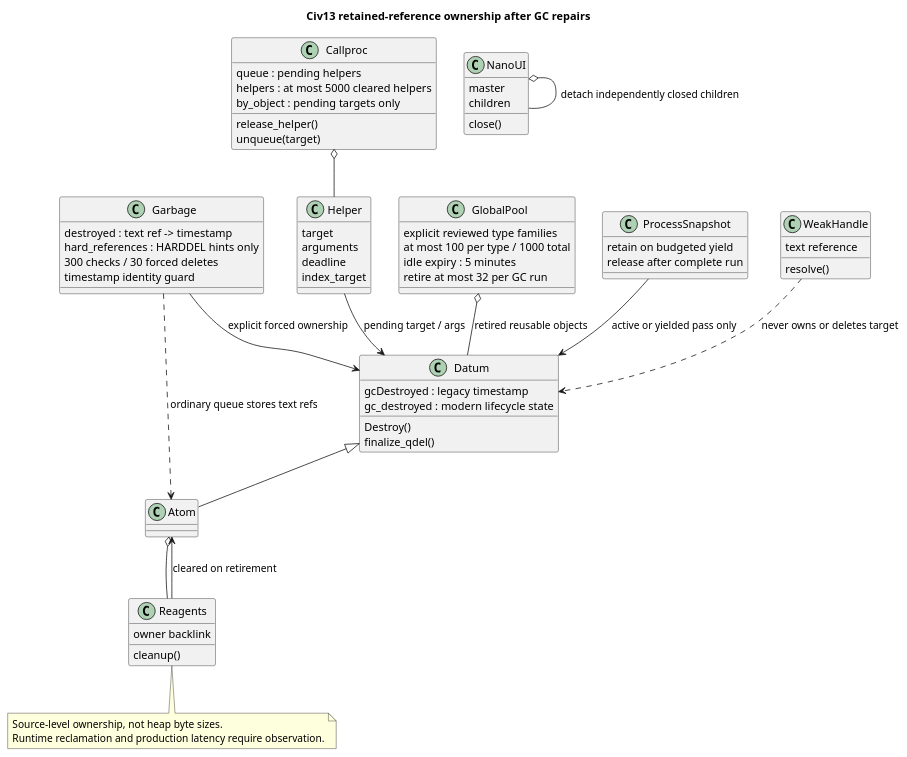
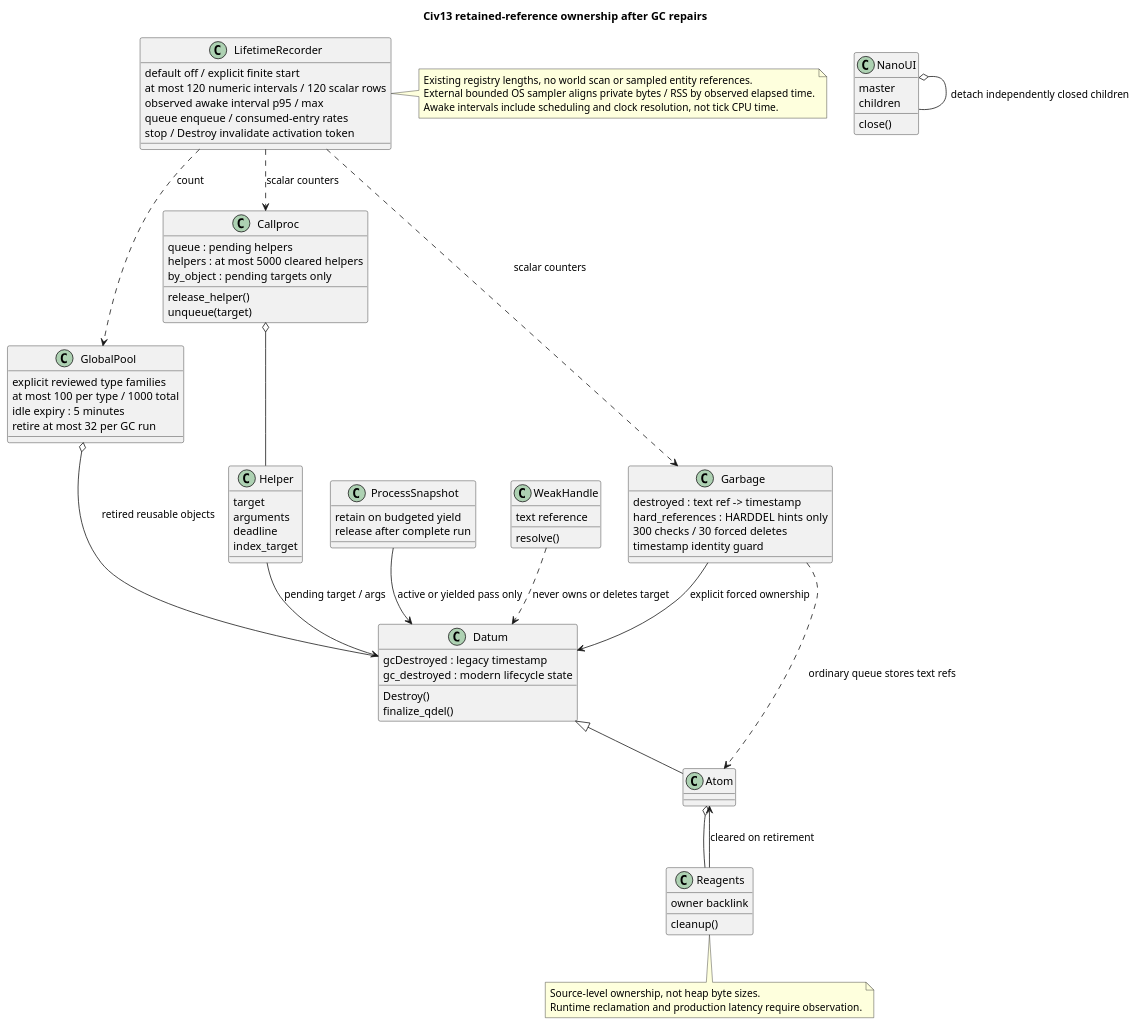
One commit to Civ13/Civ13 changed the first of 2 diagrams in docs/memory-ownership.puml. Above: the diagram before and after it, drawn with PlantUML. The commit also changed 15 other files, not shown here.

Commit message:
Add bounded lifetime telemetry and align native game evidence

```diff
--- a/docs/memory-ownership.puml
+++ b/docs/memory-ownership.puml
@@ -1,67 +1,82 @@
 @startuml ownership
  title Civ13 retained-reference ownership after GC repairs
  class Datum {
    gcDestroyed : legacy timestamp
    gc_destroyed : modern lifecycle state
    Destroy()
    finalize_qdel()
  }
  class Atom
  Datum <|-- Atom
  class Callproc {
    queue : pending helpers
    helpers : at most 5000 cleared helpers
    by_object : pending targets only
    release_helper()
    unqueue(target)
  }
  class Helper {
    target
    arguments
    deadline
    index_target
  }
  class GlobalPool {
    explicit reviewed type families
    at most 100 per type / 1000 total
    idle expiry : 5 minutes
    retire at most 32 per GC run
  }
  class Garbage {
    destroyed : text ref -> timestamp
    hard_references : HARDDEL hints only
    300 checks / 30 forced deletes
    timestamp identity guard
  }
+ class LifetimeRecorder {
+   default off / explicit finite start
+   at most 120 numeric intervals / 120 scalar rows
+   observed awake interval p95 / max
+   queue enqueue / consumed-entry rates
+   stop / Destroy invalidate activation token
+ }
+ LifetimeRecorder ..> Garbage : scalar counters
+ LifetimeRecorder ..> Callproc : scalar counters
+ LifetimeRecorder ..> GlobalPool : count
+ note right of LifetimeRecorder
+ Existing registry lengths, no world scan or sampled entity references.
+ External bounded OS sampler aligns private bytes / RSS by observed elapsed time.
+ Awake intervals include scheduling and clock resolution, not tick CPU time.
+ end note
  class ProcessSnapshot {
    retain on budgeted yield
    release after complete run
  }
  class NanoUI {
    master
    children
    close()
  }
  class WeakHandle {
    text reference
    resolve()
  }
  class Reagents {
    owner backlink
    cleanup()
  }
  Callproc o-- Helper
  Helper --> Datum : pending target / args
  GlobalPool o-- Datum : retired reusable objects
  Garbage ..> Atom : ordinary queue stores text refs
  Garbage --> Datum : explicit forced ownership
  ProcessSnapshot --> Datum : active or yielded pass only
  NanoUI o-- NanoUI : detach independently closed children
  WeakHandle ..> Datum : never owns or deletes target
  Atom o-- Reagents
  Reagents --> Atom : cleared on retirement
  note bottom
  Source-level ownership, not heap byte sizes.
  Runtime reclamation and production latency require observation.
  end note
 @enduml
```
